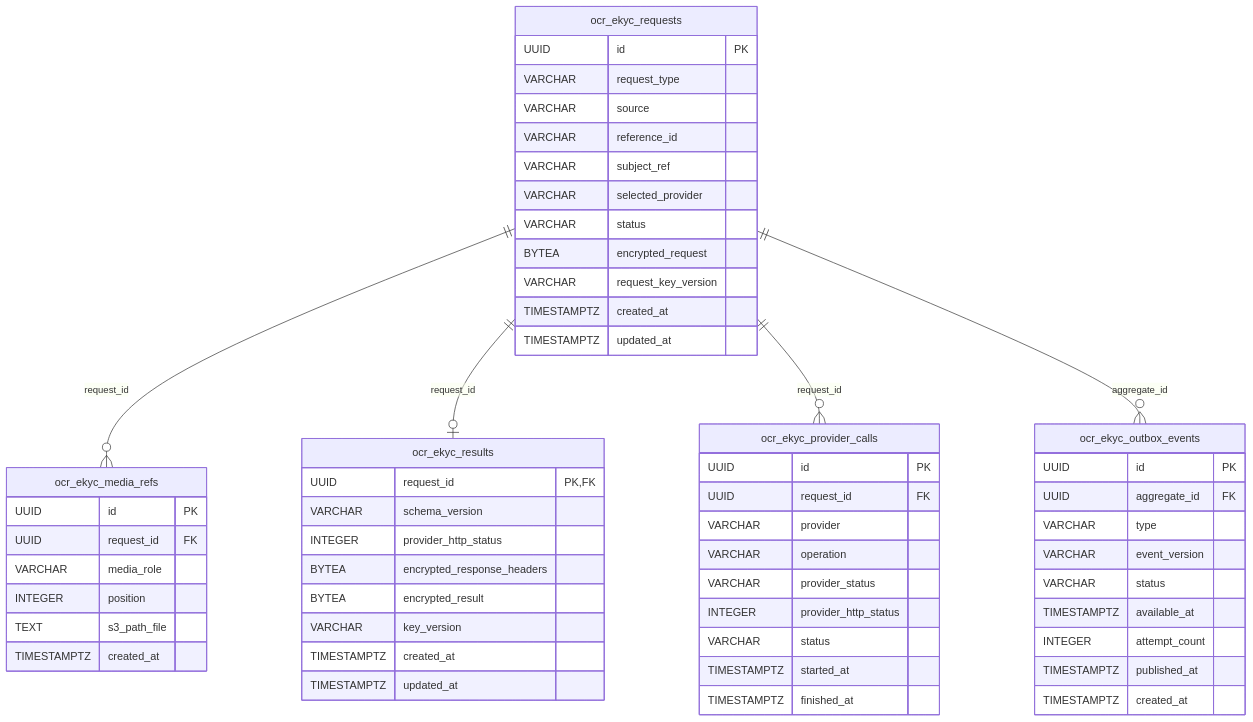
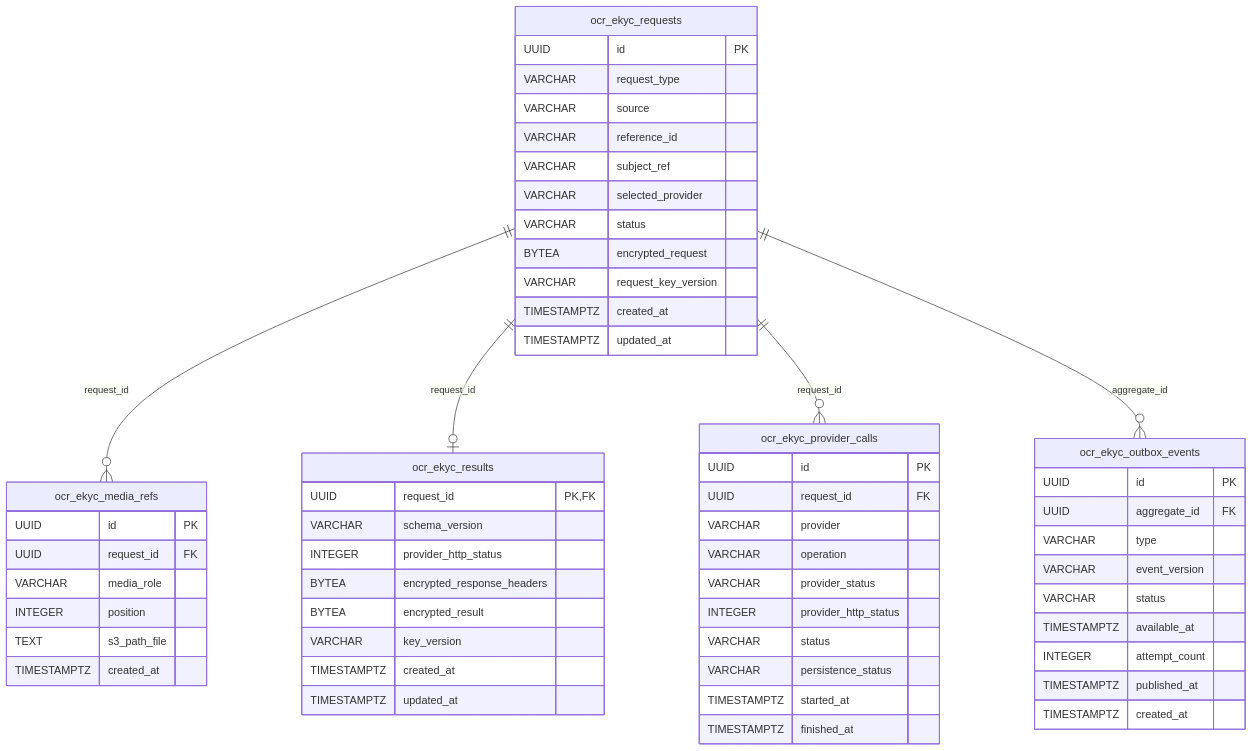
Before and after one commit to huynv-xyz/vhm: the fifth of 12 diagrams in tdd-ocr-ekyc.md, drawn with Mermaid. The commit also changed other lines of this file, not shown here.

````diff
--- a/tdd-ocr-ekyc.md
+++ b/tdd-ocr-ekyc.md
@@ -826,65 +832,66 @@
 ```mermaid
 erDiagram
     ocr_ekyc_requests ||--o{ ocr_ekyc_media_refs : "request_id"
     ocr_ekyc_requests ||--o| ocr_ekyc_results : "request_id"
     ocr_ekyc_requests ||--o{ ocr_ekyc_provider_calls : "request_id"
     ocr_ekyc_requests ||--o{ ocr_ekyc_outbox_events : "aggregate_id"
 
     ocr_ekyc_requests {
         UUID id PK
         VARCHAR request_type
         VARCHAR source
         VARCHAR reference_id
         VARCHAR subject_ref
         VARCHAR selected_provider
         VARCHAR status
         BYTEA encrypted_request
         VARCHAR request_key_version
         TIMESTAMPTZ created_at
         TIMESTAMPTZ updated_at
     }
 
     ocr_ekyc_media_refs {
         UUID id PK
         UUID request_id FK
         VARCHAR media_role
         INTEGER position
         TEXT s3_path_file
         TIMESTAMPTZ created_at
     }
 
     ocr_ekyc_results {
         UUID request_id PK, FK
         VARCHAR schema_version
         INTEGER provider_http_status
         BYTEA encrypted_response_headers
         BYTEA encrypted_result
         VARCHAR key_version
         TIMESTAMPTZ created_at
         TIMESTAMPTZ updated_at
     }
 
     ocr_ekyc_provider_calls {
         UUID id PK
         UUID request_id FK
         VARCHAR provider
         VARCHAR operation
         VARCHAR provider_status
         INTEGER provider_http_status
         VARCHAR status
+        VARCHAR persistence_status
         TIMESTAMPTZ started_at
         TIMESTAMPTZ finished_at
     }
 
     ocr_ekyc_outbox_events {
         UUID id PK
         UUID aggregate_id FK
         VARCHAR type
         VARCHAR event_version
         VARCHAR status
         TIMESTAMPTZ available_at
         INTEGER attempt_count
         TIMESTAMPTZ published_at
         TIMESTAMPTZ created_at
     }
 ```
````
